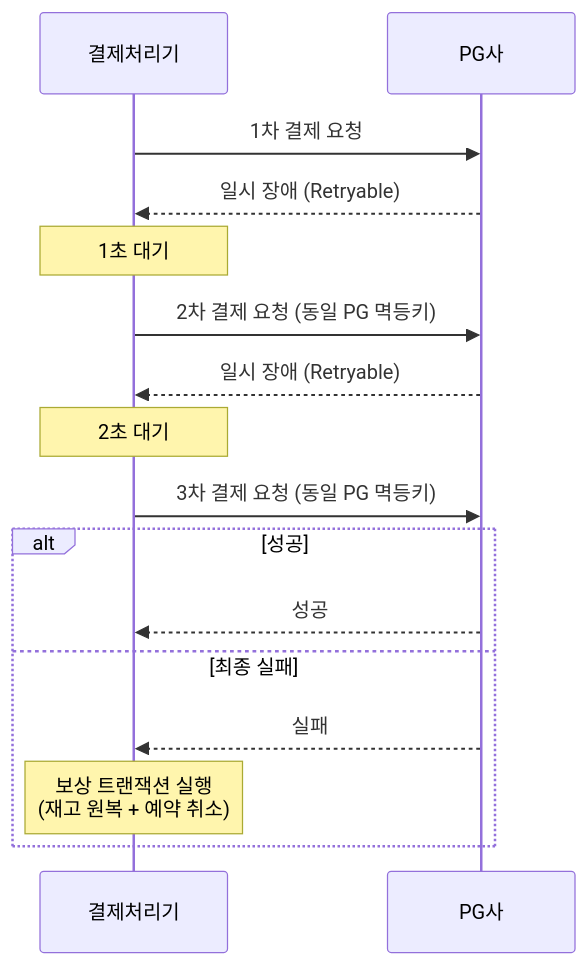
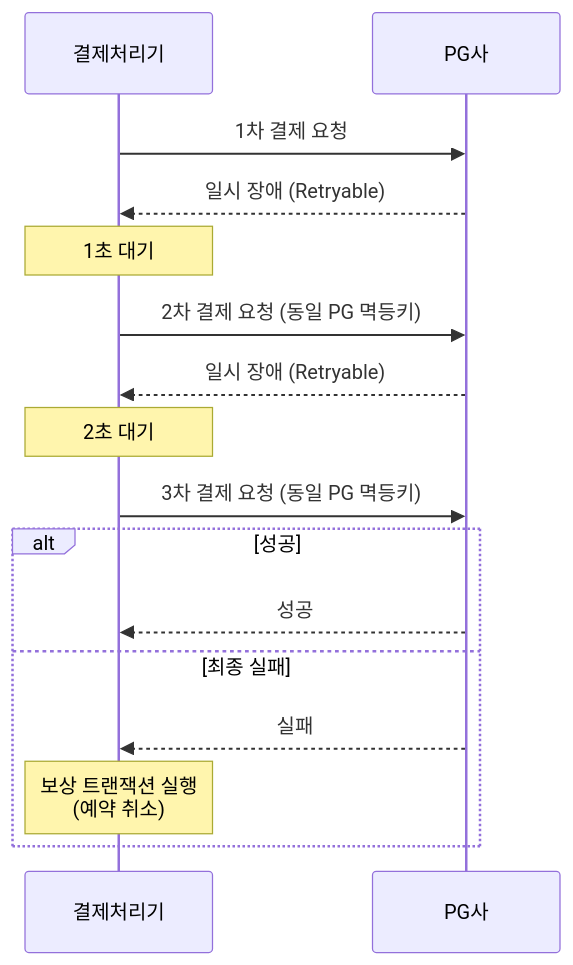
Before and after one commit to Jin409/hotdeal-reservation: the sixth of 9 diagrams in README.md, drawn with Mermaid. The commit also changed other lines of this file, not shown here.

````diff
--- a/README.md
+++ b/README.md
@@ -220,23 +218,23 @@
 ```mermaid
 sequenceDiagram
     participant 결제처리기
     participant PG사
 
     결제처리기->>PG사: 1차 결제 요청
     PG사-->>결제처리기: 일시 장애 (Retryable)
 
     Note over 결제처리기: 1초 대기
 
     결제처리기->>PG사: 2차 결제 요청 (동일 PG 멱등키)
     PG사-->>결제처리기: 일시 장애 (Retryable)
 
     Note over 결제처리기: 2초 대기
 
     결제처리기->>PG사: 3차 결제 요청 (동일 PG 멱등키)
     alt 성공
         PG사-->>결제처리기: 성공
     else 최종 실패
         PG사-->>결제처리기: 실패
-        Note over 결제처리기: 보상 트랜잭션 실행<br/>(재고 원복 + 예약 취소)
+        Note over 결제처리기: 보상 트랜잭션 실행<br/>(예약 취소)
     end
 ```
````
